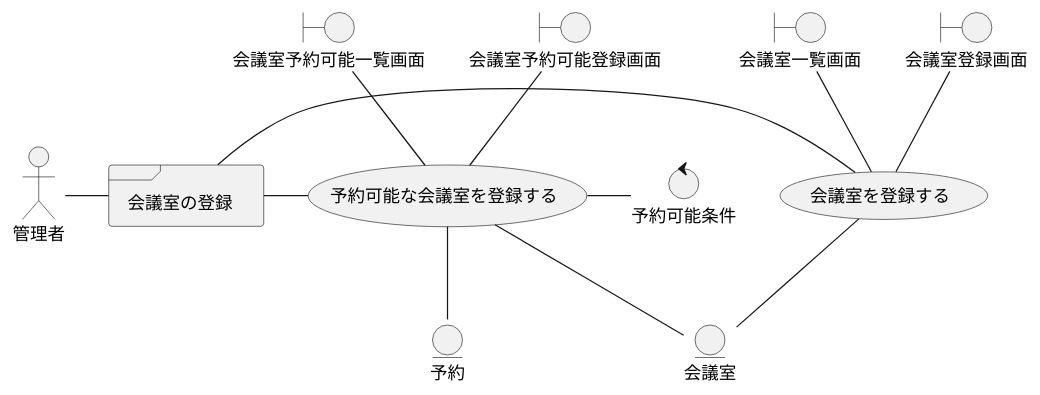
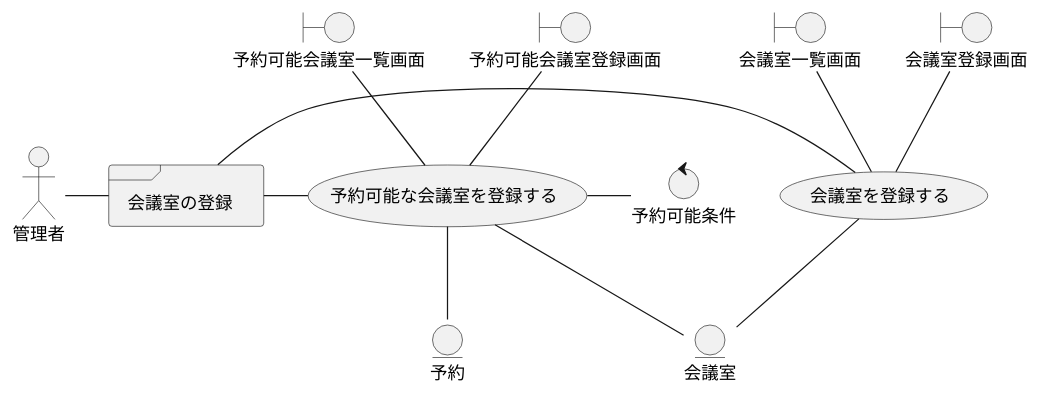
Before and after one commit to k2works/case-study-mrs: diagram 15 of 23 in docs/index.adoc, drawn with PlantUML. The commit also changed 8 other files, not shown here.

```diff
--- a/docs/index.adoc
+++ b/docs/index.adoc
@@ -490,30 +490,30 @@
 [plantuml]
 ----
 @startuml
 actor "管理者" as admin
 frame "会議室の登録" as f01
 usecase "会議室を登録する" as UC1
 usecase "予約可能な会議室を登録する" as UC2
 boundary "会議室一覧画面" as b01
 boundary "会議室登録画面" as b02
-boundary "会議室予約可能一覧画面" as b03
-boundary "会議室予約可能登録画面" as b04
+boundary "予約可能会議室一覧画面" as b03
+boundary "予約可能会議室登録画面" as b04
 control "予約可能条件" as c01
 entity "会議室" as e01
 entity "予約" as e02
 
 admin - f01
 f01 - UC1
 b01 -- UC1
 b02 -- UC1
 UC1 -- e01
 
 f01 - UC2
 b03 -- UC2
 b04 -- UC2
 UC2 -- e01
 UC2 -- e02
 UC2 - c01
 
 @enduml
 ----
```
